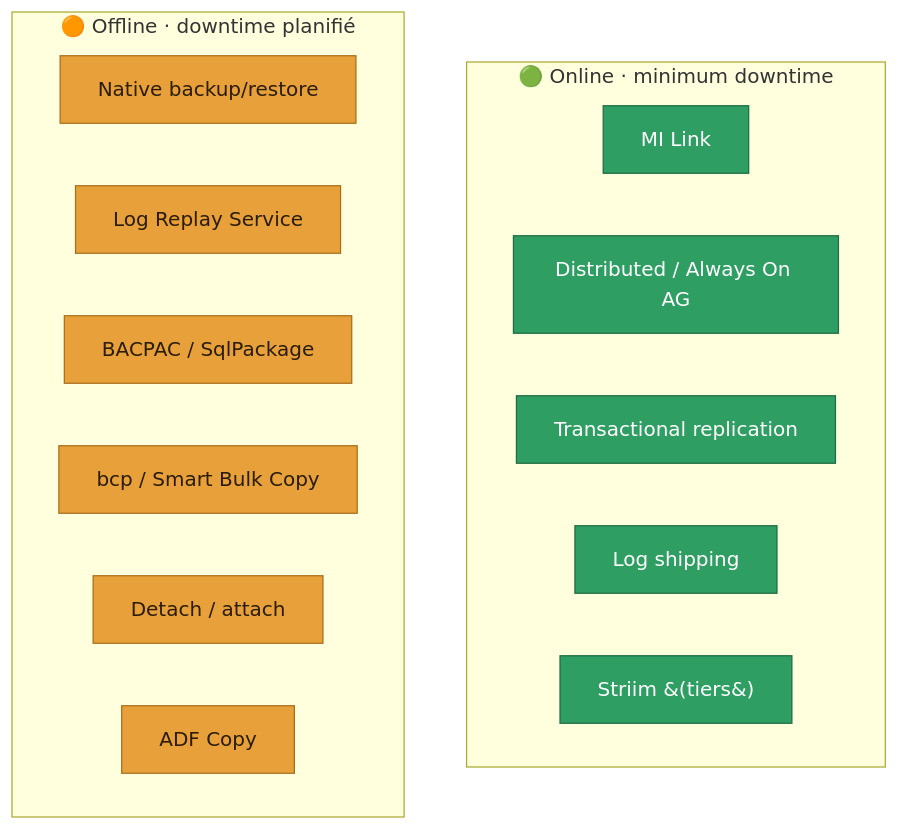
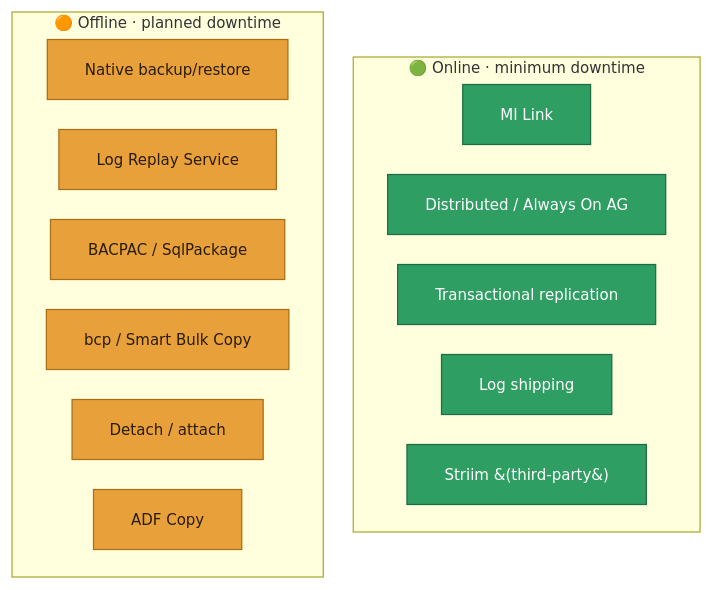
The third of 3 diagrams in docs/sql-server-to-azure-migration.md (fredgis/FY27SQLMotion), drawn with Mermaid before and after one commit. The commit also changed other lines of this file, not shown here.

Commit message:
docs: translate SQL-to-Azure migration reference to English + compact mermaid

````diff
--- a/docs/sql-server-to-azure-migration.md
+++ b/docs/sql-server-to-azure-migration.md
@@ -198,22 +200,23 @@
 ```mermaid
+%%{init: {'flowchart': {'nodeSpacing': 24, 'rankSpacing': 30}, 'themeVariables': {'fontSize': '12px'}}}%%
 flowchart TB
     subgraph ON["🟢 Online · minimum downtime"]
         O1[MI Link]
         O2[Distributed / Always On AG]
         O3[Transactional replication]
         O4[Log shipping]
-        O5[Striim &#40;tiers&#41;]
+        O5[Striim &#40;third-party&#41;]
     end
-    subgraph OFF["🟠 Offline · downtime planifié"]
+    subgraph OFF["🟠 Offline · planned downtime"]
         F1[Native backup/restore]
         F2[Log Replay Service]
         F3[BACPAC / SqlPackage]
         F4[bcp / Smart Bulk Copy]
         F5[Detach / attach]
         F6[ADF Copy]
     end
     classDef on fill:#2E9E63,stroke:#1F6B43,color:#fff;
     classDef off fill:#E8A13A,stroke:#A86E18,color:#2a1c05;
     class O1,O2,O3,O4,O5 on;
     class F1,F2,F3,F4,F5,F6 off;
 ```
````
